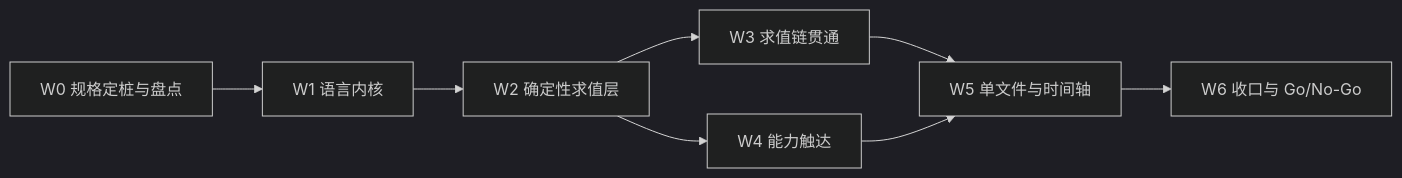
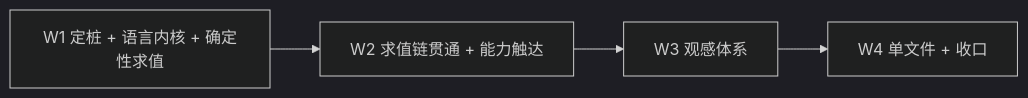
The diagram in docs/v3.0-路线图.md (Qianjinqie/prism-engine), drawn with Mermaid (dark theme) before and after one commit. The commit also changed other lines of this file, not shown here.

````diff
--- a/docs/v3.0-路线图.md
+++ b/docs/v3.0-路线图.md
@@ -157,10 +254,6 @@
 ```mermaid
 graph LR
-  W0[W0 规格定桩与盘点] --> W1[W1 语言内核]
-  W1 --> W2[W2 确定性求值层]
-  W2 --> W3[W3 求值链贯通]
-  W2 --> W4[W4 能力触达]
-  W3 --> W5[W5 单文件与时间轴]
-  W4 --> W5
-  W5 --> W6[W6 收口与 Go/No-Go]
+  W1[W1 定桩 + 语言内核 + 确定性求值] --> W2[W2 求值链贯通 + 能力触达]
+  W2 --> W3[W3 观感体系]
+  W3 --> W4[W4 单文件 + 收口]
 ```
````
